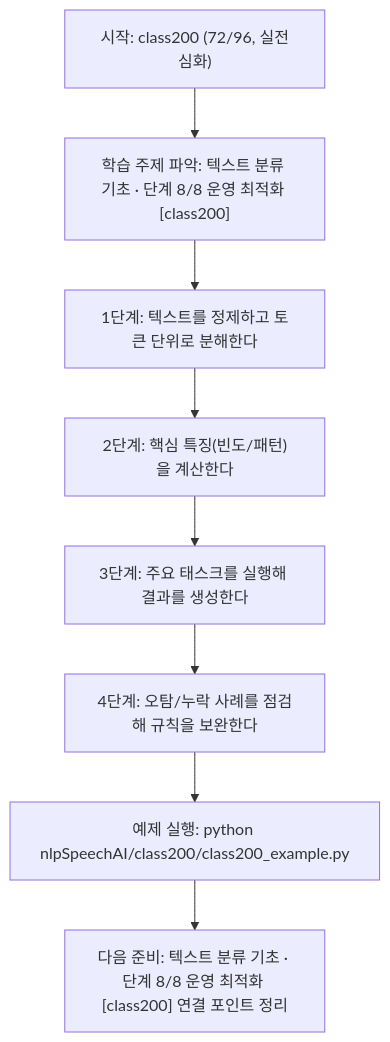
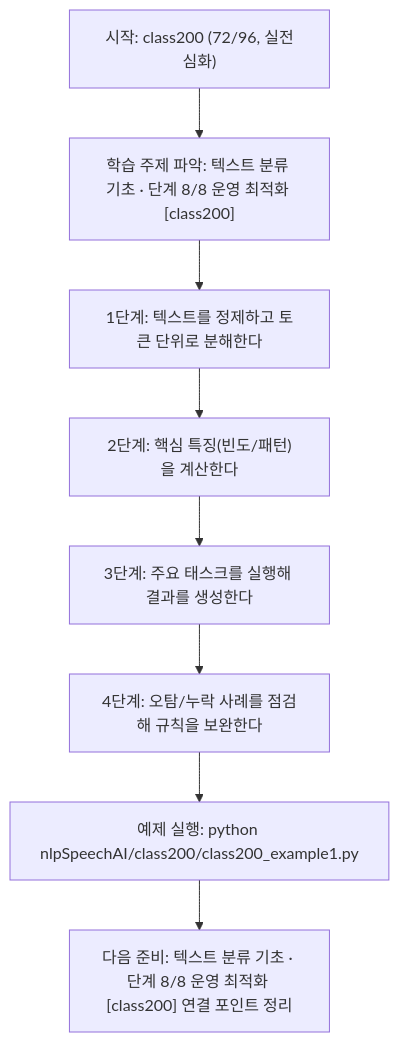
The diagram in nlpSpeechAI/class200/class200.md (edumgt/Python-AI_Agent-Class), drawn with Mermaid before and after one commit. The commit also changed other lines of this file and 2959 other files, not shown here.

````diff
--- a/nlpSpeechAI/class200/class200.md
+++ b/nlpSpeechAI/class200/class200.md
@@ -114,18 +114,18 @@
 ```mermaid
 flowchart TD
 N1["시작: class200 (72/96, 실전심화)"]
 N2["학습 주제 파악: 텍스트 분류 기초 · 단계 8/8 운영 최적화 [class200]"]
 N3["1단계: 텍스트를 정제하고 토큰 단위로 분해한다"]
 N4["2단계: 핵심 특징(빈도/패턴)을 계산한다"]
 N5["3단계: 주요 태스크를 실행해 결과를 생성한다"]
 N6["4단계: 오탐/누락 사례를 점검해 규칙을 보완한다"]
-N7["예제 실행: python nlpSpeechAI/class200/class200_example.py"]
+N7["예제 실행: python nlpSpeechAI/class200/class200_example1.py"]
 N8["다음 준비: 텍스트 분류 기초 · 단계 8/8 운영 최적화 [class200] 연결 포인트 정리"]
 N1 --> N2
 N2 --> N3
 N3 --> N4
 N4 --> N5
 N5 --> N6
 N6 --> N7
 N7 --> N8
 ```
````
